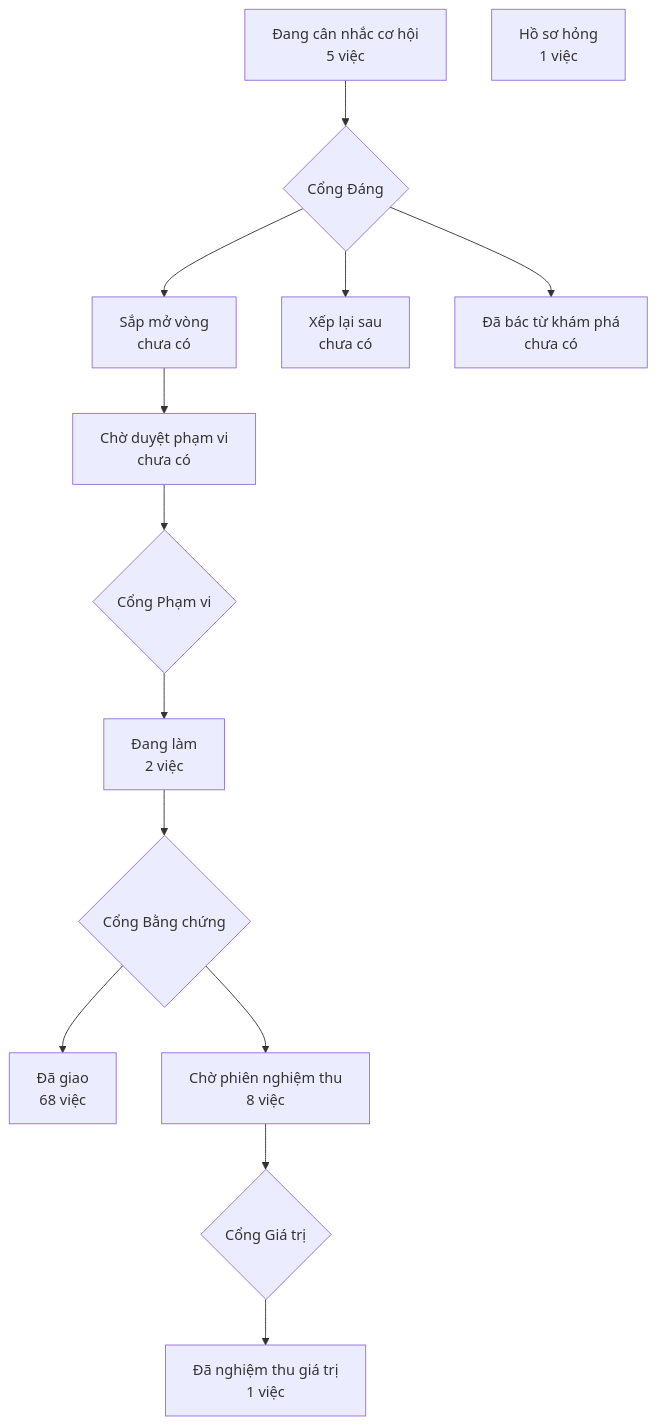
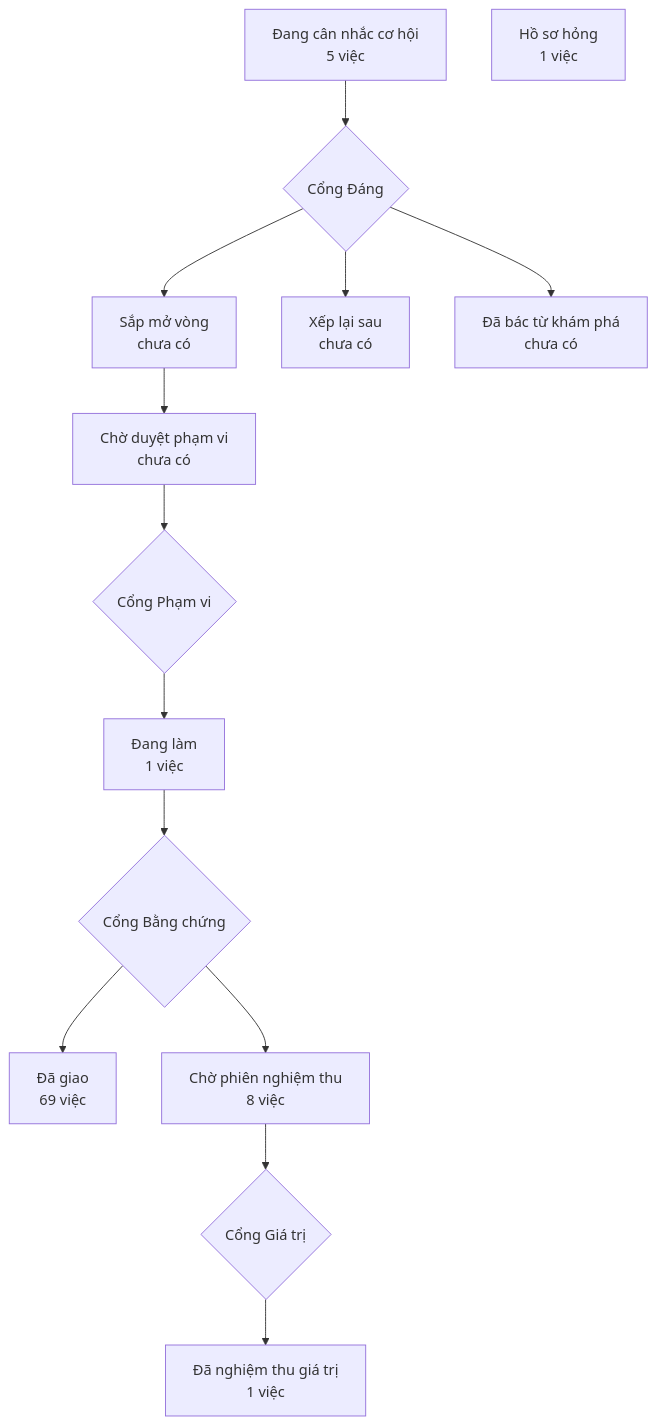
One commit to phanlemanh/crm-onehub changed the diagram in PRODUCT-MAP.md. Above: the diagram before and after it, drawn with Mermaid. The commit also changed 6 other files, not shown here.

````diff
--- a/PRODUCT-MAP.md
+++ b/PRODUCT-MAP.md
@@ -6,13 +6,13 @@
 ```mermaid
 flowchart TD
   A["Đang cân nhắc cơ hội<br/>5 việc"] --> GD{"Cổng Đáng"}
   GD --> B["Sắp mở vòng<br/>chưa có"]
   GD --> XL["Xếp lại sau<br/>chưa có"]
   GD --> DB["Đã bác từ khám phá<br/>chưa có"]
   B --> CD["Chờ duyệt phạm vi<br/>chưa có"] --> GP{"Cổng Phạm vi"}
-  GP --> DL["Đang làm<br/>2 việc"] --> GB{"Cổng Bằng chứng"}
-  GB --> DG["Đã giao<br/>68 việc"]
+  GP --> DL["Đang làm<br/>1 việc"] --> GB{"Cổng Bằng chứng"}
+  GB --> DG["Đã giao<br/>69 việc"]
   GB --> CN["Chờ phiên nghiệm thu<br/>8 việc"] --> GG{"Cổng Giá trị"}
   GG --> NT["Đã nghiệm thu giá trị<br/>1 việc"]
   HS["Hồ sơ hỏng<br/>1 việc"]
 ```
````
